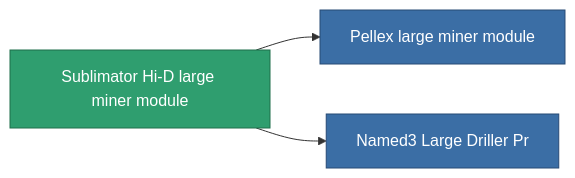
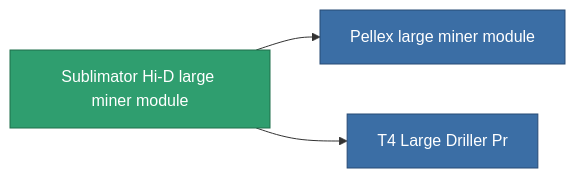
Before and after one commit to OpenPerpetuum/Wiki: the diagram in content/content/items/named2_large_driller.md, drawn with Mermaid. The commit also changed other lines of this file and 4904 other files, not shown here.

````diff
--- a/content/content/items/named2_large_driller.md
+++ b/content/content/items/named2_large_driller.md
@@ -63,13 +47,13 @@
 ```mermaid
 graph LR
     a["Sublimator Hi-D large miner module"]:::current
     b["Pellex large miner module"]:::prod
     a --> b
     click b "/content/items/named3-large-driller/" "Pellex large miner module"
-    c["Named3 Large Driller Pr"]:::prod
+    c["T4 Large Driller Pr"]:::prod
     a --> c
-    click c "/content/items/named3-large-driller-pr/" "Named3 Large Driller Pr"
+    click c "/content/items/named3-large-driller-pr/" "T4 Large Driller Pr"
     classDef current fill:#2f9e6f,stroke:#1f6f4a,color:#ffffff
     classDef prod fill:#3b6ea5,stroke:#274a75,color:#ffffff
     classDef more fill:#39445a,stroke:#54658a,color:#d5dbe8
 ```
````
